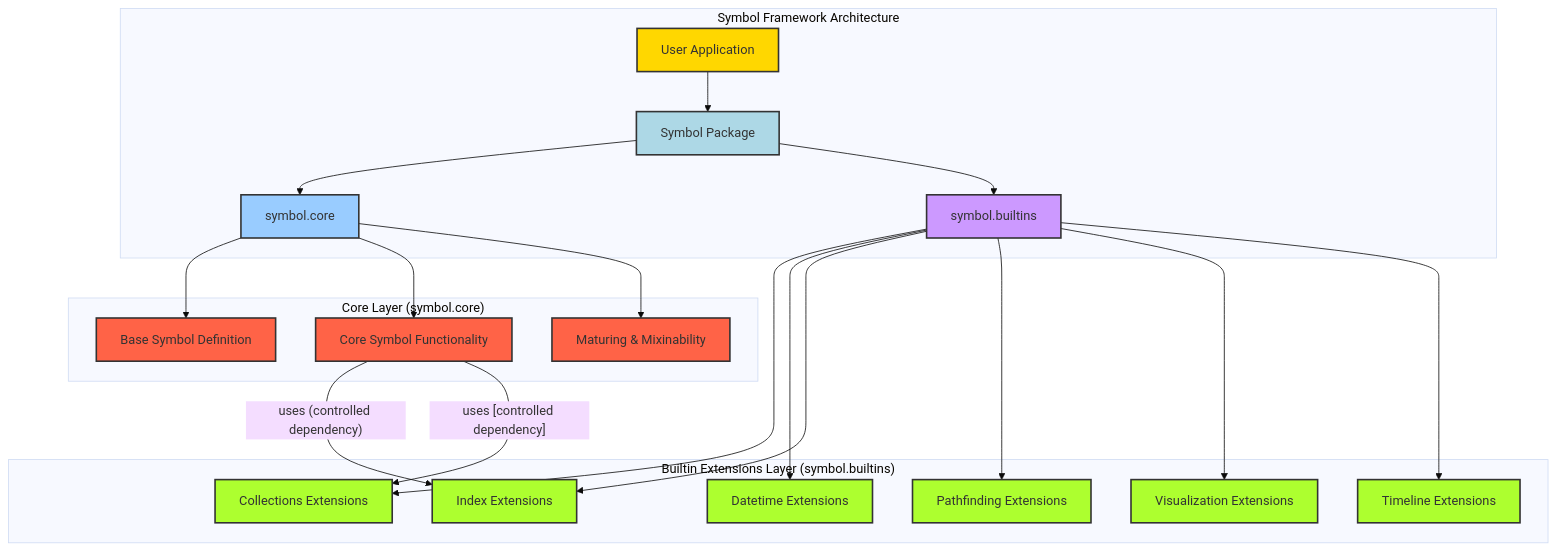
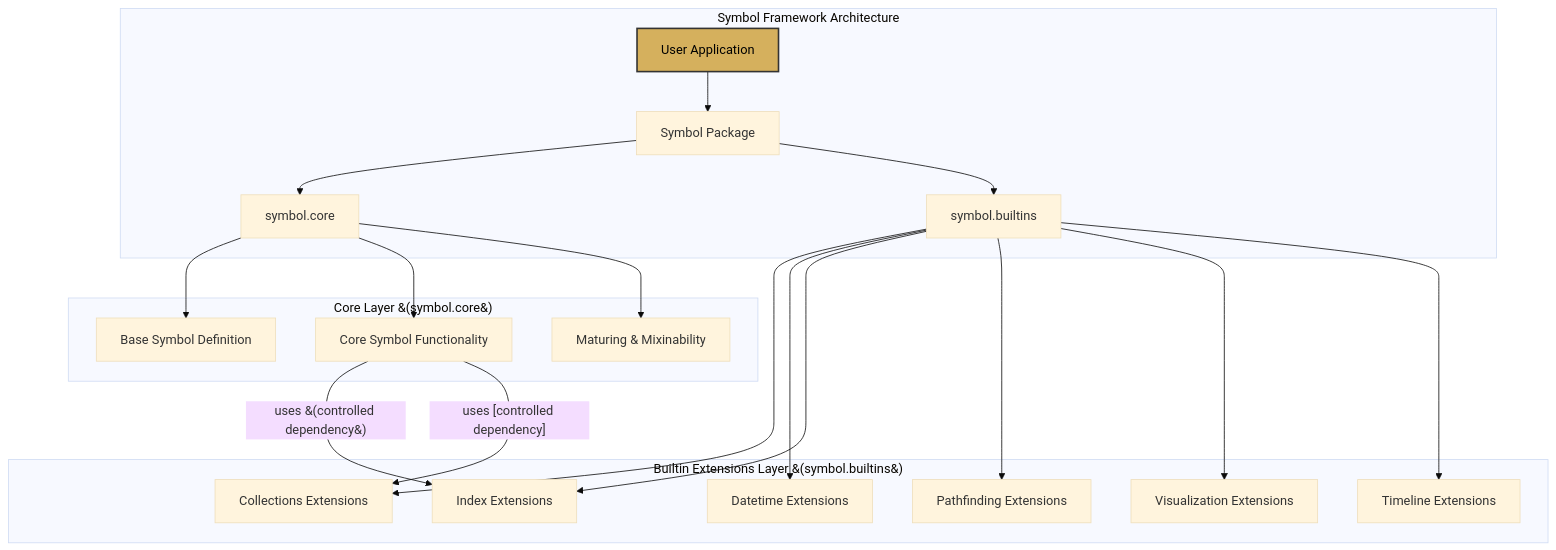
Before and after one commit to ikko/sym: the diagram in docs/readme_details/3_layered_architecture/layered_architecture.mmd, drawn with Mermaid (base theme). The commit also changed 54 other files, not shown here.

```diff
--- a/docs/readme_details/3_layered_architecture/layered_architecture.mmd
+++ b/docs/readme_details/3_layered_architecture/layered_architecture.mmd
@@ -1,40 +1,28 @@
 graph TD
     subgraph "Symbol Framework Architecture"
         A[User Application] --> B[Symbol Package];
         B --> C[symbol.core];
         B --> D[symbol.builtins];
     end
 
-    subgraph "Core Layer (symbol.core)"
+    subgraph "Core Layer &#40;symbol.core&#41;"
         C --> C1[Base Symbol Definition];
         C --> C2[Core Symbol Functionality];
         C --> C3[Maturing & Mixinability];
     end
 
-    subgraph "Builtin Extensions Layer (symbol.builtins)"
+    subgraph "Builtin Extensions Layer &#40;symbol.builtins&#41;"
         D --> D1[Collections Extensions];
         D --> D2[Datetime Extensions];
         D --> D3[Index Extensions];
         D --> D4[Pathfinding Extensions];
         D --> D5[Visualization Extensions];
         D --> D6[Timeline Extensions];
     end
 
-    C2 -- "uses (controlled dependency)" --> D3;
+    C2 -- "uses &#40;controlled dependency&#41;" --> D3;
     C2 -- "uses [controlled dependency]" --> D1;
 
-    style A fill:#FFD700,stroke:#333,stroke-width:2px;
-    style B fill:#ADD8E6,stroke:#333,stroke-width:2px;
-    style C fill:#9cf,stroke:#333,stroke-width:2px;
-    style D fill:#c9f,stroke:#333,stroke-width:2px;
+    style A fill:#d5b05d,stroke:#333,stroke-width:2px,color:#000000;
 
-    style C1 fill:#FF6347,stroke:#333,stroke-width:2px;
-    style C2 fill:#FF6347,stroke:#333,stroke-width:2px;
-    style C3 fill:#FF6347,stroke:#333,stroke-width:2px;
-
-    style D1 fill:#ADFF2F,stroke:#333,stroke-width:2px;
-    style D2 fill:#ADFF2F,stroke:#333,stroke-width:2px;
-    style D3 fill:#ADFF2F,stroke:#333,stroke-width:2px;
-    style D4 fill:#ADFF2F,stroke:#333,stroke-width:2px;
-    style D5 fill:#ADFF2F,stroke:#333,stroke-width:2px;
-    style D6 fill:#ADFF2F,stroke:#333,stroke-width:2px;
+    style A fill:#d5b05d,stroke:#333,stroke-width:2px,color:#000000;
```
